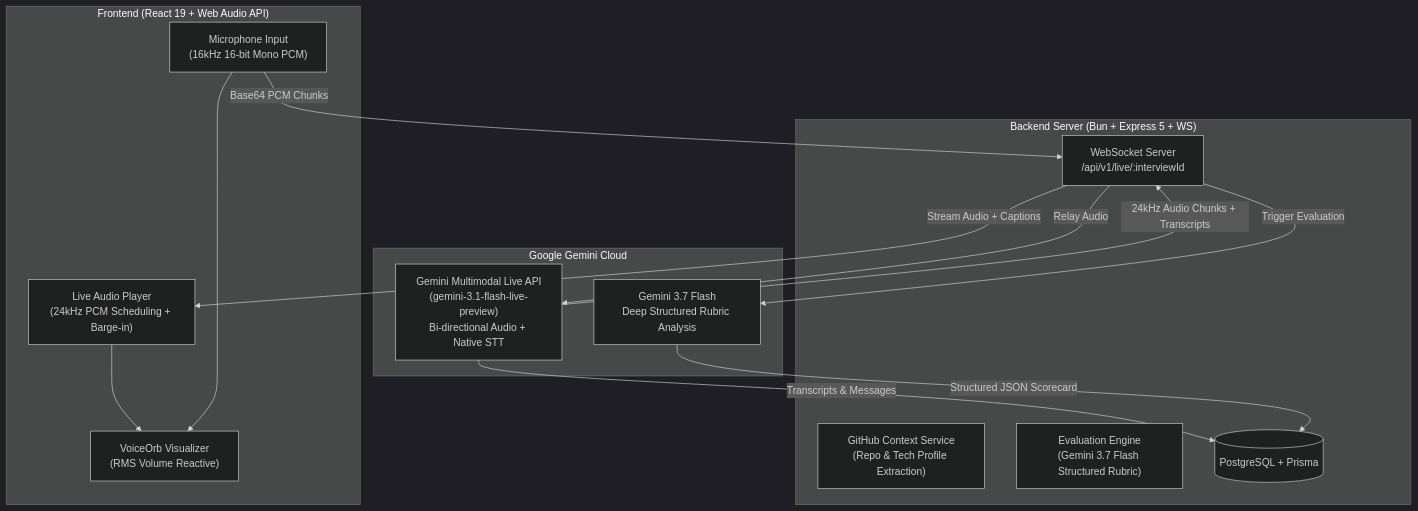
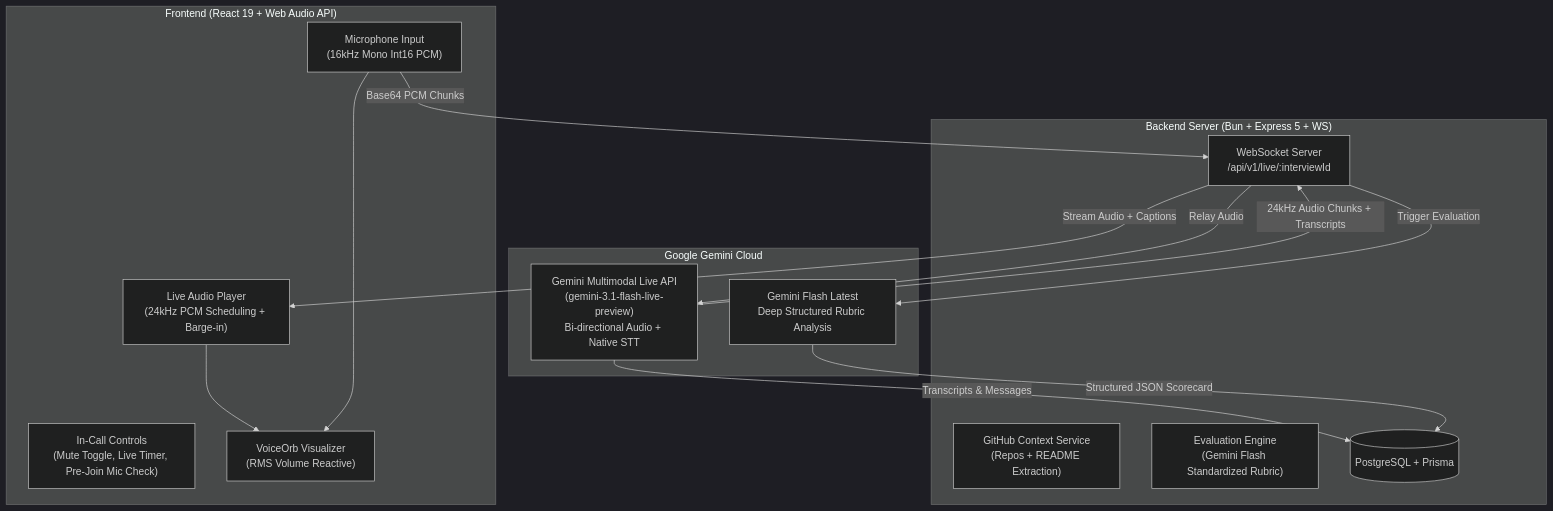
One commit to chirag-panjabi/ai-interviewer changed the diagram in README.md. Above: the diagram before and after it, drawn with Mermaid (dark theme). The commit also changed other lines of this file and 9 other files, not shown here.

First line of the commit message:
feat: in-call controls, mic test, animated ingestion, PDF export, and README analysis

````diff
--- a/README.md
+++ b/README.md
@@ -11,31 +11,32 @@
 ```mermaid
 flowchart TD
     subgraph Client["Frontend (React 19 + Web Audio API)"]
-        Mic["Microphone Input<br/>(16kHz 16-bit Mono PCM)"]
+        Mic["Microphone Input<br/>(16kHz Mono Int16 PCM)"]
         Player["Live Audio Player<br/>(24kHz PCM Scheduling + Barge-in)"]
+        Controls["In-Call Controls<br/>(Mute Toggle, Live Timer, Pre-Join Mic Check)"]
         Orb["VoiceOrb Visualizer<br/>(RMS Volume Reactive)"]
     end
 
     subgraph Server["Backend Server (Bun + Express 5 + WS)"]
         WSServer["WebSocket Server<br/>/api/v1/live/:interviewId"]
-        GHService["GitHub Context Service<br/>(Repo & Tech Profile Extraction)"]
-        EvalService["Evaluation Engine<br/>(Gemini 3.7 Flash Structured Rubric)"]
+        GHService["GitHub Context Service<br/>(Repos + README Extraction)"]
+        EvalService["Evaluation Engine<br/>(Gemini Flash Standardized Rubric)"]
         DB[(PostgreSQL + Prisma)]
     end
 
     subgraph GoogleAI["Google Gemini Cloud"]
         LiveAPI["Gemini Multimodal Live API<br/>(gemini-3.1-flash-live-preview)<br/>Bi-directional Audio + Native STT"]
-        EvalModel["Gemini 3.7 Flash<br/>Deep Structured Rubric Analysis"]
+        EvalModel["Gemini Flash Latest<br/>Deep Structured Rubric Analysis"]
     end
 
     Mic -->|Base64 PCM Chunks| WSServer
     WSServer -->|Relay Audio| LiveAPI
     LiveAPI -->|24kHz Audio Chunks + Transcripts| WSServer
     WSServer -->|Stream Audio + Captions| Player
     Player --> Orb
     Mic --> Orb
 
     LiveAPI -->|Transcripts & Messages| DB
     WSServer -->|Trigger Evaluation| EvalModel
     EvalModel -->|Structured JSON Scorecard| DB
 ```
````
